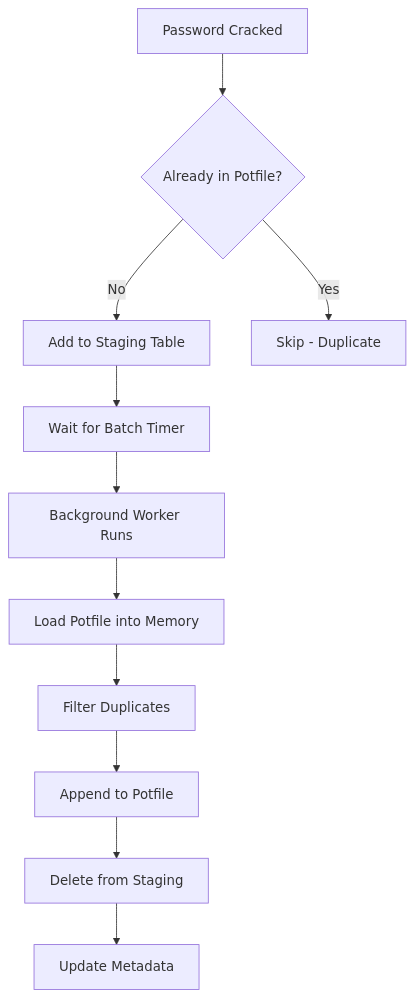
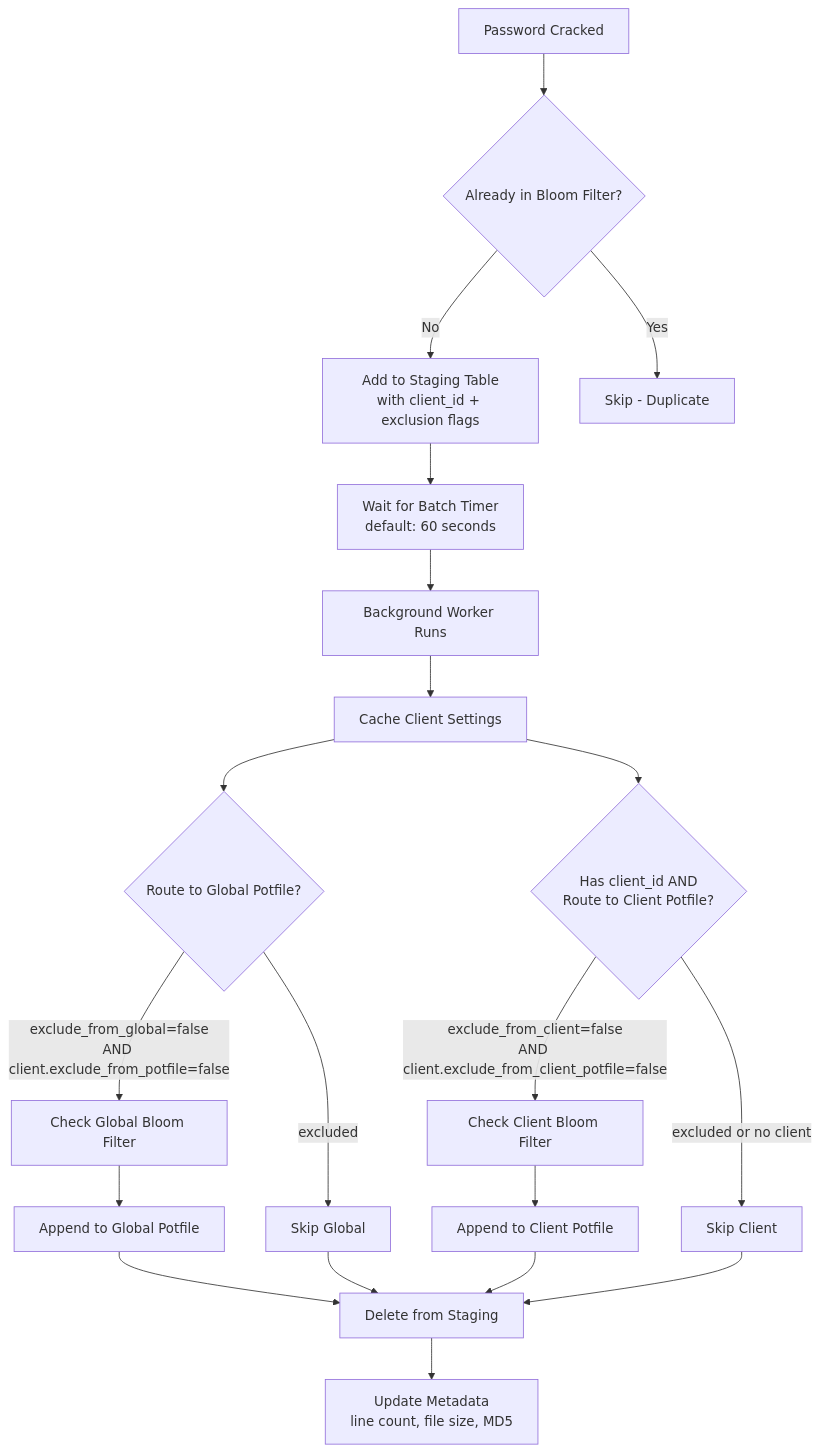
Before and after one commit to ZerkerEOD/krakenhashes: the diagram in docs/admin-guide/operations/potfile.md, drawn with Mermaid. The commit also changed other lines of this file and 9 other files, not shown here.

First line of the commit message:
feat(docs): document client-level potfile cascade and wordlist selection

````diff
--- a/docs/admin-guide/operations/potfile.md
+++ b/docs/admin-guide/operations/potfile.md
@@ -273,13 +357,22 @@
 ```mermaid
 graph TD
-    A[Password Cracked] --> B{Already in Potfile?}
-    B -->|No| C[Add to Staging Table]
+    A[Password Cracked] --> B{Already in Bloom Filter?}
+    B -->|No| C[Add to Staging Table<br>with client_id + exclusion flags]
     B -->|Yes| D[Skip - Duplicate]
-    C --> E[Wait for Batch Timer]
+    C --> E[Wait for Batch Timer<br>default: 60 seconds]
     E --> F[Background Worker Runs]
-    F --> G[Load Potfile into Memory]
-    G --> H[Filter Duplicates]
-    H --> I[Append to Potfile]
-    I --> J[Delete from Staging]
-    J --> K[Update Metadata]
+    F --> G[Cache Client Settings]
+    G --> H{Route to Global Potfile?}
+    H -->|exclude_from_global=false<br>AND client.exclude_from_potfile=false| I[Check Global Bloom Filter]
+    I --> J[Append to Global Potfile]
+    H -->|excluded| K[Skip Global]
+    G --> L{Has client_id AND<br>Route to Client Potfile?}
+    L -->|exclude_from_client=false<br>AND client.exclude_from_client_potfile=false| M[Check Client Bloom Filter]
+    M --> N[Append to Client Potfile]
+    L -->|excluded or no client| O[Skip Client]
+    J --> P[Delete from Staging]
+    K --> P
+    N --> P
+    O --> P
+    P --> Q[Update Metadata<br>line count, file size, MD5]
 ```
````
